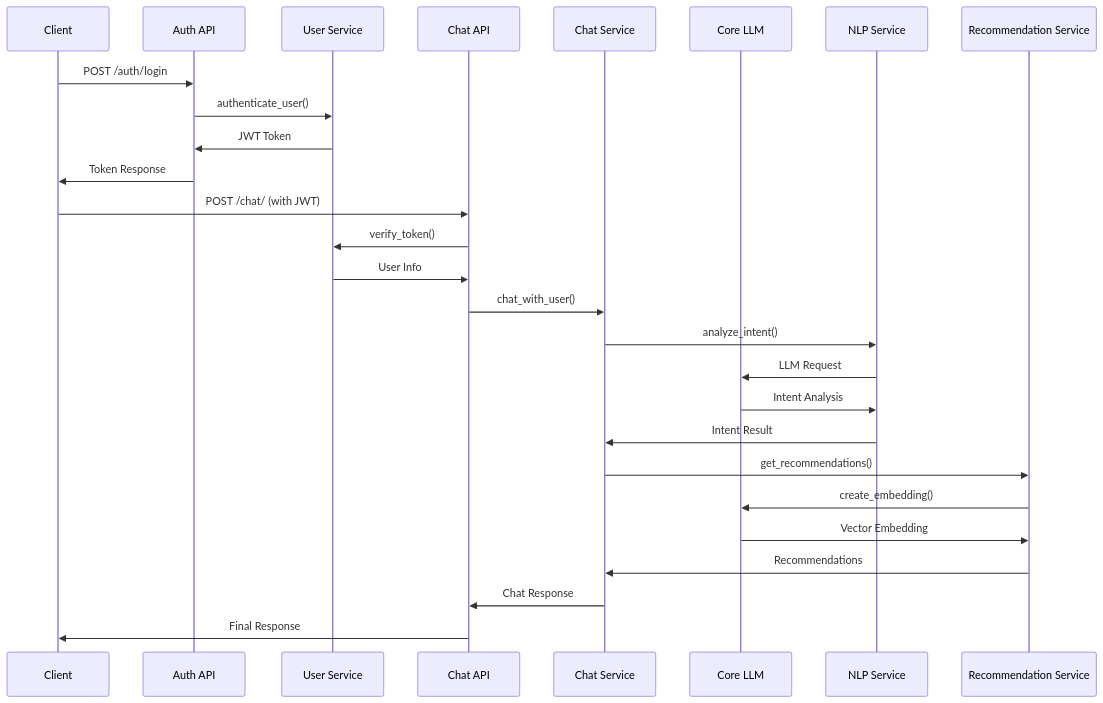
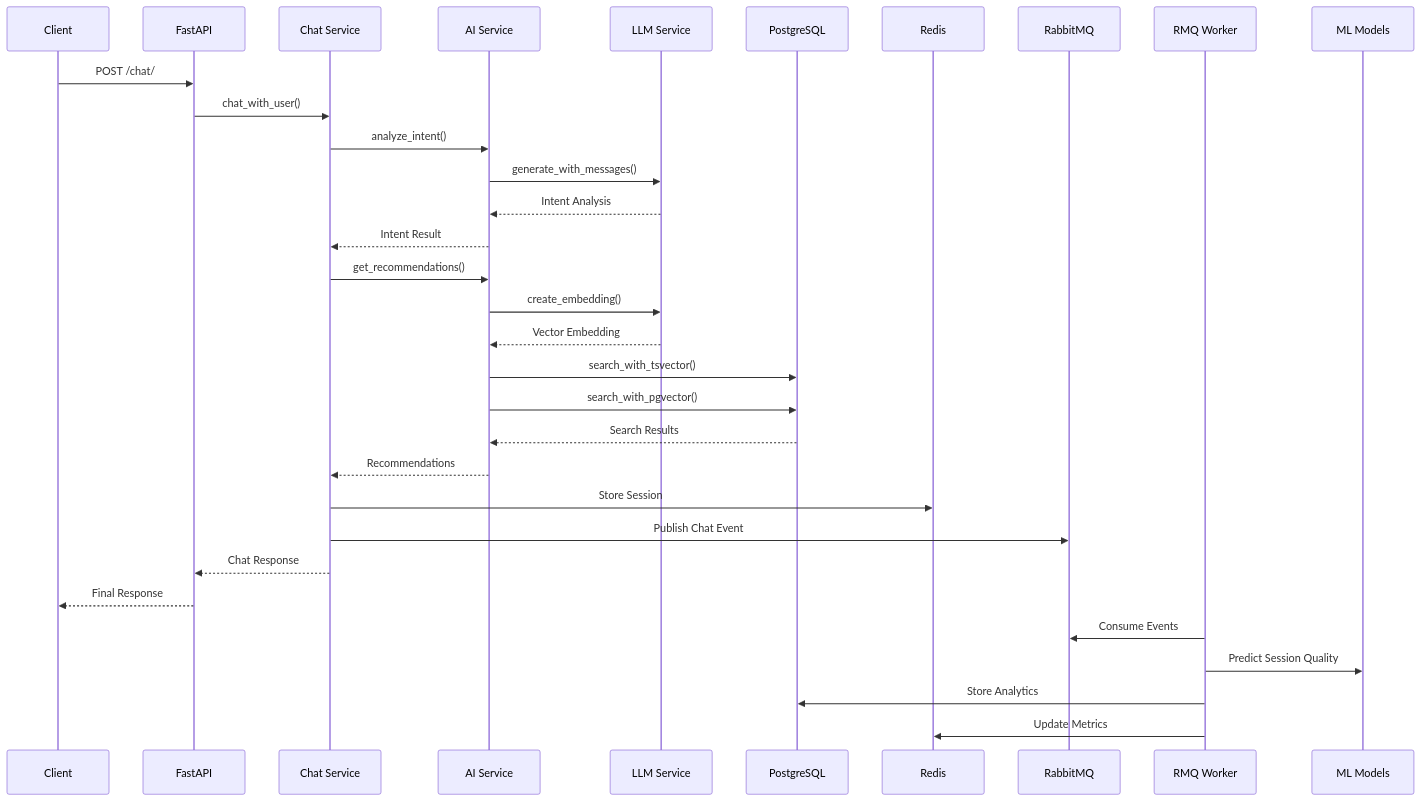
One commit to darams4863/escape-room-with-ai changed the second of 2 diagrams in README.md. Above: the diagram before and after it, drawn with Mermaid. The commit also changed other lines of this file, not shown here.

````diff
--- a/README.md
+++ b/README.md
@@ -76,31 +265,38 @@
 ```mermaid
 sequenceDiagram
     participant C as Client
-    participant A as Auth API
-    participant U as User Service
-    participant Ch as Chat API
+    participant API as FastAPI
     participant CS as Chat Service
-    participant LLM as Core LLM
-    participant NLP as NLP Service
-    participant R as Recommendation Service
+    participant AI as AI Service
+    participant LLM as LLM Service
+    participant PG as PostgreSQL
+    participant RD as Redis
+    participant RMQ as RabbitMQ
+    participant W as RMQ Worker
+    participant ML as ML Models
 
-    C->>A: POST /auth/login
-    A->>U: authenticate_user()
-    U->>A: JWT Token
-    A->>C: Token Response
+    C->>API: POST /chat/
+    API->>CS: chat_with_user()
+    CS->>AI: analyze_intent()
+    AI->>LLM: generate_with_messages()
+    LLM-->>AI: Intent Analysis
+    AI-->>CS: Intent Result
 
-    C->>Ch: POST /chat/ (with JWT)
-    Ch->>U: verify_token()
-    U->>Ch: User Info
-    Ch->>CS: chat_with_user()
-    CS->>NLP: analyze_intent()
-    NLP->>LLM: LLM Request
-    LLM->>NLP: Intent Analysis
-    NLP->>CS: Intent Result
-    CS->>R: get_recommendations()
-    R->>LLM: create_embedding()
-    LLM->>R: Vector Embedding
-    R->>CS: Recommendations
-    CS->>Ch: Chat Response
-    Ch->>C: Final Response
+    CS->>AI: get_recommendations()
+    AI->>LLM: create_embedding()
+    LLM-->>AI: Vector Embedding
+    AI->>PG: search_with_tsvector()
+    AI->>PG: search_with_pgvector()
+    PG-->>AI: Search Results
+    AI-->>CS: Recommendations
+
+    CS->>RD: Store Session
+    CS->>RMQ: Publish Chat Event
+    CS-->>API: Chat Response
+    API-->>C: Final Response
+
+    W->>RMQ: Consume Events
+    W->>ML: Predict Session Quality
+    W->>PG: Store Analytics
+    W->>RD: Update Metrics
 ```
````
